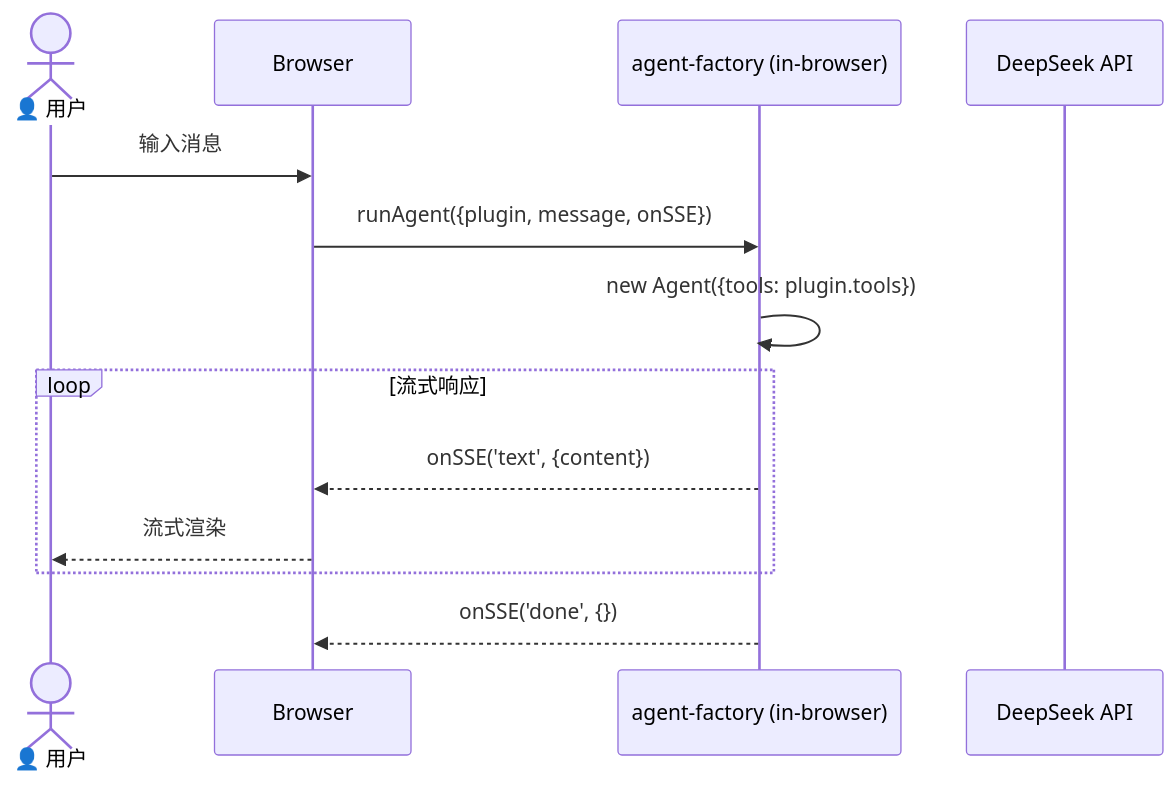
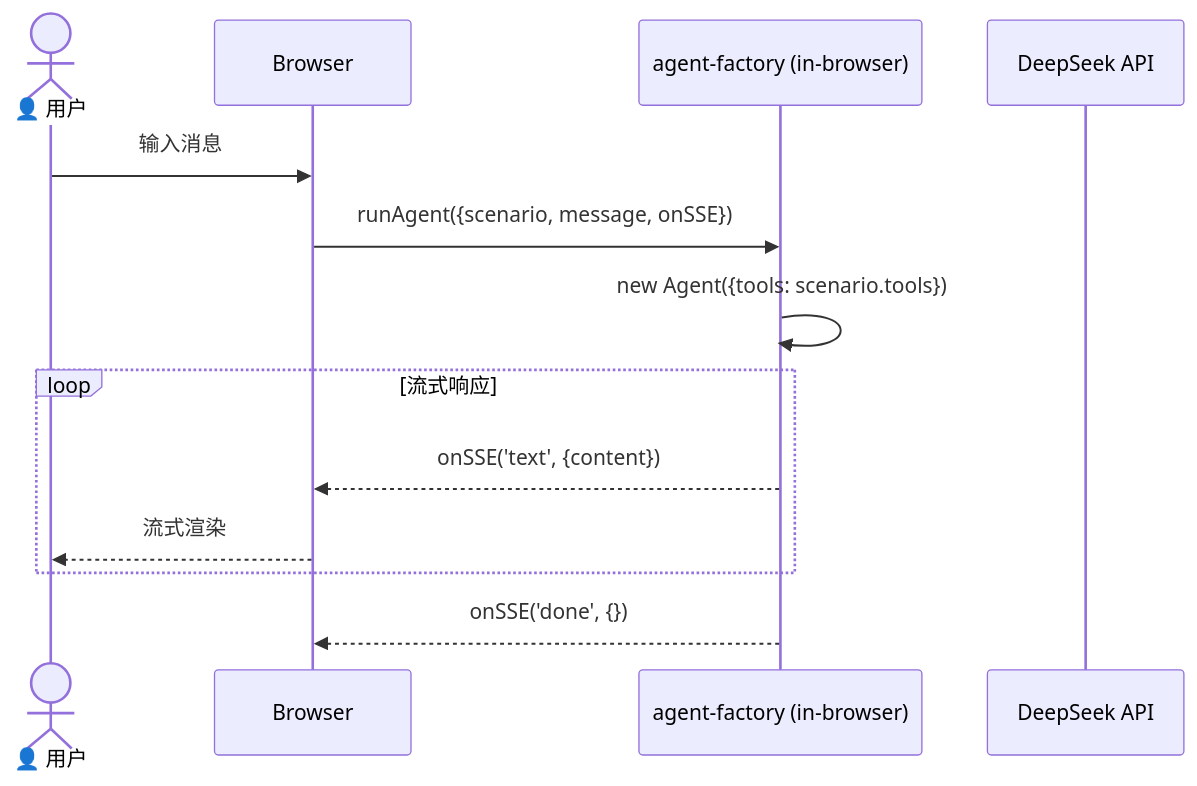
Before and after one commit to yjzaaa/leave-approval-agent: the fifth of 7 diagrams in CLAUDE.md, drawn with Mermaid. The commit also changed other lines of this file and 80 other files, not shown here.

First line of the commit message:
refactor: Plugin → Scenario 全局重命名，消除业务术语歧义

````diff
--- a/CLAUDE.md
+++ b/CLAUDE.md
@@ -196,18 +196,18 @@
 ```mermaid
 sequenceDiagram
     actor User as 👤 用户
     participant Browser as Browser
     participant Factory as agent-factory (in-browser)
     participant DeepSeek as DeepSeek API
 
     User->>Browser: 输入消息
-    Browser->>Factory: runAgent({plugin, message, onSSE})
-    Factory->>Factory: new Agent({tools: plugin.tools})
+    Browser->>Factory: runAgent({scenario, message, onSSE})
+    Factory->>Factory: new Agent({tools: scenario.tools})
 
     loop 流式响应
         Factory-->>Browser: onSSE('text', {content})
         Browser-->>User: 流式渲染
     end
 
     Factory-->>Browser: onSSE('done', {})
 ```
````
